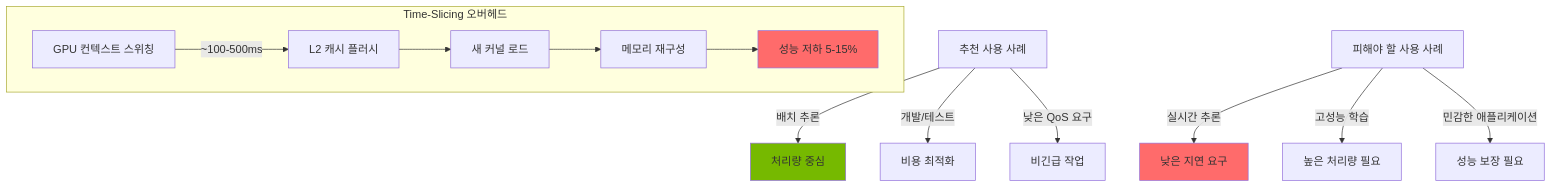
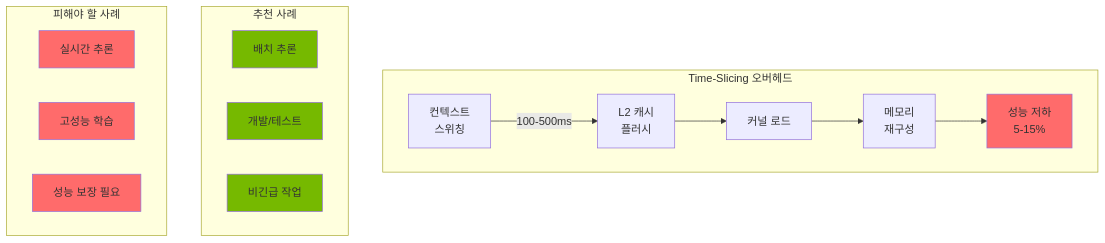
Before and after one commit to devfloor9/engineering-playbook: the sixth of 6 diagrams in docs/agentic-ai-platform/model-serving/gpu-resource-management.md, drawn with Mermaid. The commit also changed other lines of this file and 24 other files, not shown here.

````diff
--- a/docs/agentic-ai-platform/model-serving/gpu-resource-management.md
+++ b/docs/agentic-ai-platform/model-serving/gpu-resource-management.md
@@ -1182,21 +1265,29 @@
 ```mermaid
-graph TB
-    subgraph "Time-Slicing 오버헤드"
-        A["GPU 컨텍스트 스위칭"] -->|~100-500ms| B["L2 캐시 플러시"]
-        B --> C["새 커널 로드"]
-        C --> D["메모리 재구성"]
-        D --> E["성능 저하 5-15%"]
+flowchart TB
+    subgraph Overhead["Time-Slicing 오버헤드"]
+        A[컨텍스트<br/>스위칭] -->|100-500ms| B[L2 캐시<br/>플러시]
+        B --> C[커널 로드]
+        C --> D[메모리<br/>재구성]
+        D --> E[성능 저하<br/>5-15%]
     end
 
-    F["추천 사용 사례"] -->|배치 추론| G["처리량 중심"]
-    F -->|개발/테스트| H["비용 최적화"]
-    F -->|낮은 QoS 요구| I["비긴급 작업"]
+    subgraph Good["추천 사례"]
+        G[배치 추론]
+        H[개발/테스트]
+        I[비긴급 작업]
+    end
 
-    J["피해야 할 사용 사례"] -->|실시간 추론| K["낮은 지연 요구"]
-    J -->|고성능 학습| L["높은 처리량 필요"]
-    J -->|민감한 애플리케이션| M["성능 보장 필요"]
+    subgraph Bad["피해야 할 사례"]
+        K[실시간 추론]
+        L[고성능 학습]
+        M[성능 보장 필요]
+    end
 
     style E fill:#ff6b6b
     style G fill:#76b900
+    style H fill:#76b900
+    style I fill:#76b900
     style K fill:#ff6b6b
+    style L fill:#ff6b6b
+    style M fill:#ff6b6b
 ```
````
